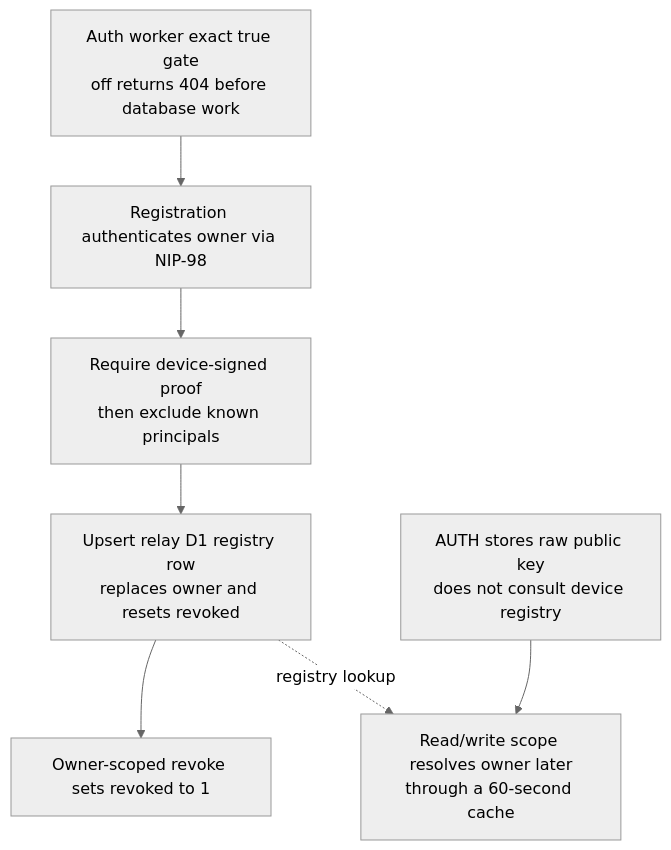
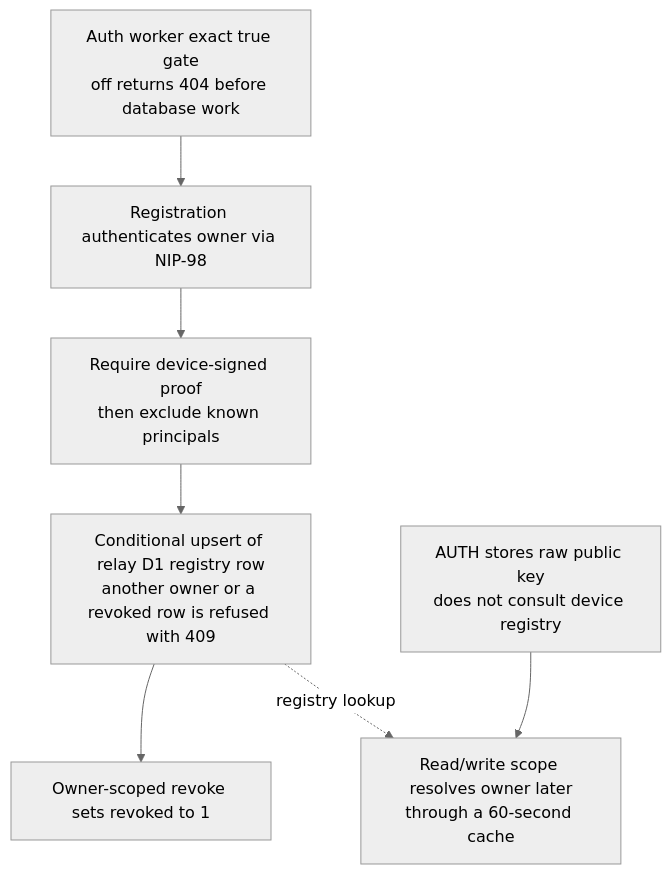
Before and after one commit to DreamLab-AI/VisionFlow: the seventh of 9 diagrams in docs/diagrams/nostr-rust-forum/02-auth-worker-passkey-nip98-and-membership.md, drawn with Mermaid (neutral theme). The commit also changed other lines of this file and 59 other files, not shown here.

First line of the commit message:
docs(diagrams): re-derive and re-stamp forum, website, pod, ontomark and sealmap topics

````diff
--- a/docs/diagrams/nostr-rust-forum/02-auth-worker-passkey-nip98-and-membership.md
+++ b/docs/diagrams/nostr-rust-forum/02-auth-worker-passkey-nip98-and-membership.md
@@ -232,20 +234,20 @@
 ```mermaid
 flowchart TB
     %% Source: ../nostr-rust-forum/crates/nostr-bbs-auth-worker/src/devices.rs:100
     A["Auth worker exact true gate<br/>off returns 404 before database work"]
-    %% Source: ../nostr-rust-forum/crates/nostr-bbs-auth-worker/src/devices.rs:361
+    %% Source: ../nostr-rust-forum/crates/nostr-bbs-auth-worker/src/devices.rs:376
     B["Registration authenticates owner via NIP-98"]
-    %% Source: ../nostr-rust-forum/crates/nostr-bbs-auth-worker/src/devices.rs:383
+    %% Source: ../nostr-rust-forum/crates/nostr-bbs-auth-worker/src/devices.rs:398
     C["Require device-signed proof<br/>then exclude known principals"]
-    %% Source: ../nostr-rust-forum/crates/nostr-bbs-auth-worker/src/devices.rs:414
-    D["Upsert relay D1 registry row<br/>replaces owner and resets revoked"]
-    %% Source: ../nostr-rust-forum/crates/nostr-bbs-auth-worker/src/devices.rs:511
+    %% Source: ../nostr-rust-forum/crates/nostr-bbs-auth-worker/src/devices.rs:427
+    D["Conditional upsert of relay D1 registry row<br/>another owner or a revoked row is refused with 409"]
+    %% Source: ../nostr-rust-forum/crates/nostr-bbs-auth-worker/src/devices.rs:526
     E["Owner-scoped revoke sets revoked to 1"]
     %% Source: ../nostr-rust-forum/crates/nostr-bbs-relay-worker/src/relay_do/nip_handlers.rs:2069
     F["AUTH stores raw public key<br/>does not consult device registry"]
     %% Source: ../nostr-rust-forum/crates/nostr-bbs-relay-worker/src/relay_do/nip_handlers.rs:2614
     G["Read/write scope resolves owner later<br/>through a 60-second cache"]
     A --> B --> C --> D --> E
     F --> G
     D -. registry lookup .-> G
 ```
````
